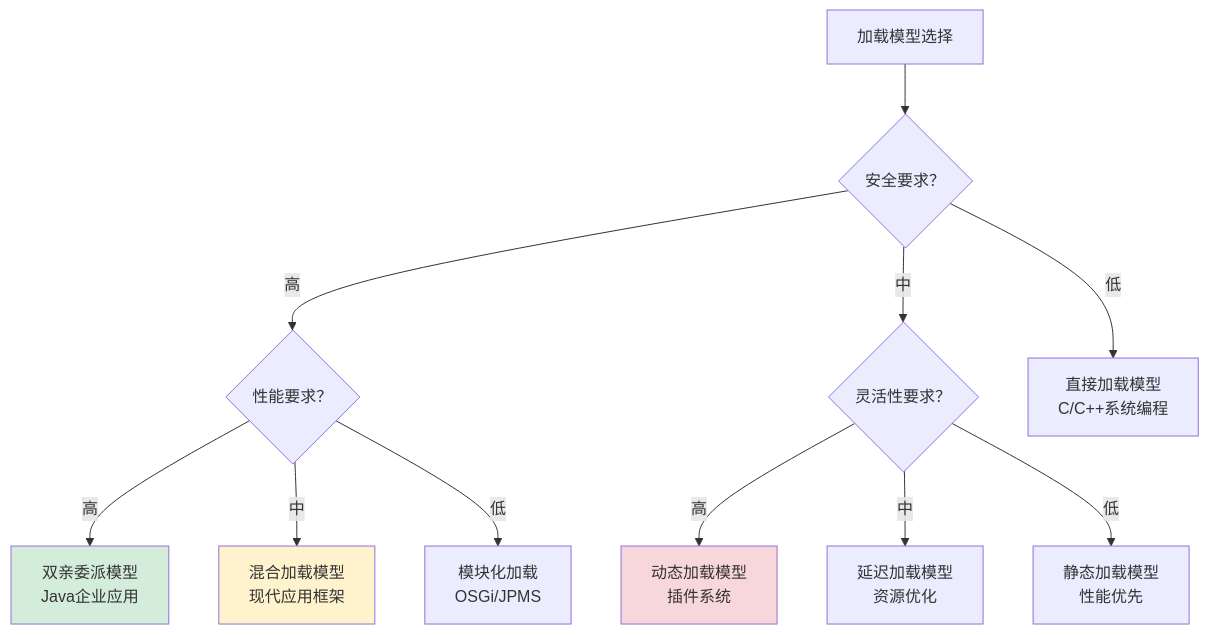
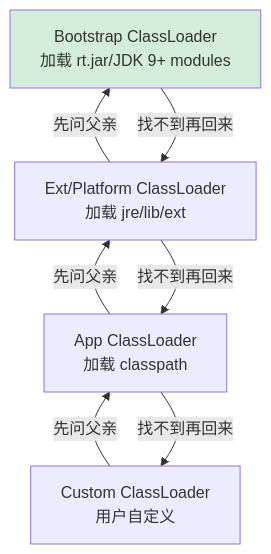
The seventh of 15 diagrams in docs/10.专栏/02.程序编程原理/03.运行时模型/01.类的加载核心原理.md (chongyang211/YCBookBlog), drawn with Mermaid before and after one commit. The commit also changed other lines of this file and 34 other files, not shown here.

````diff
--- a/docs/10.专栏/02.程序编程原理/03.运行时模型/01.类的加载核心原理.md
+++ b/docs/10.专栏/02.程序编程原理/03.运行时模型/01.类的加载核心原理.md
@@ -1944,20 +591,10 @@
 ```mermaid
-flowchart TD
-    A[加载模型选择] --> B{安全要求？}
-    
-    B -->|高| C{性能要求？}
-    B -->|中| D{灵活性要求？}
-    B -->|低| E[直接加载模型<br/>C/C++系统编程]
-    
-    C -->|高| F[双亲委派模型<br/>Java企业应用]
-    C -->|中| G[混合加载模型<br/>现代应用框架]
-    C -->|低| H[模块化加载<br/>OSGi/JPMS]
-    
-    D -->|高| I[动态加载模型<br/>插件系统]
-    D -->|中| J[延迟加载模型<br/>资源优化]
-    D -->|低| K[静态加载模型<br/>性能优先]
-    
-    style F fill:#d4edda
-    style G fill:#fff3cd
-    style I fill:#f8d7da
+flowchart BT
+    A[Custom ClassLoader<br/>用户自定义] -->|先问父亲| B[App ClassLoader<br/>加载 classpath]
+    B -->|先问父亲| C[Ext/Platform ClassLoader<br/>加载 jre/lib/ext]
+    C -->|先问父亲| D[Bootstrap ClassLoader<br/>加载 rt.jar/JDK 9+ modules]
+    D -->|找不到再回来| C
+    C -->|找不到再回来| B
+    B -->|找不到再回来| A
+    style D fill:#d4edda
 ```
````
